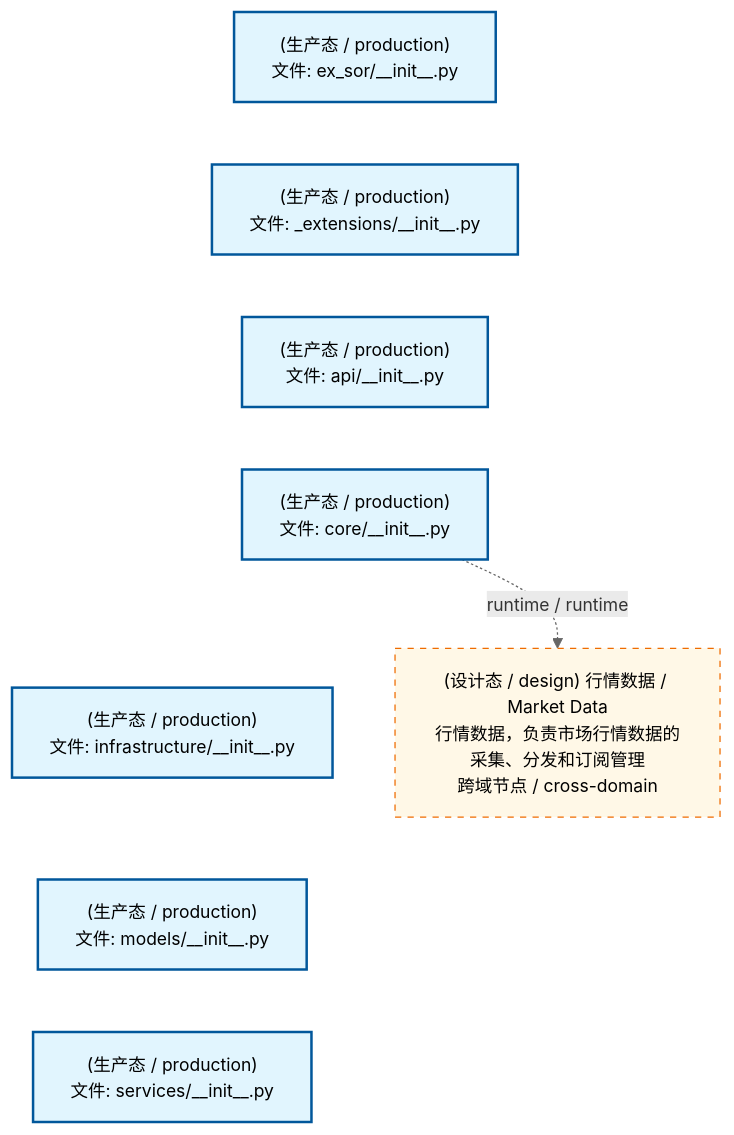
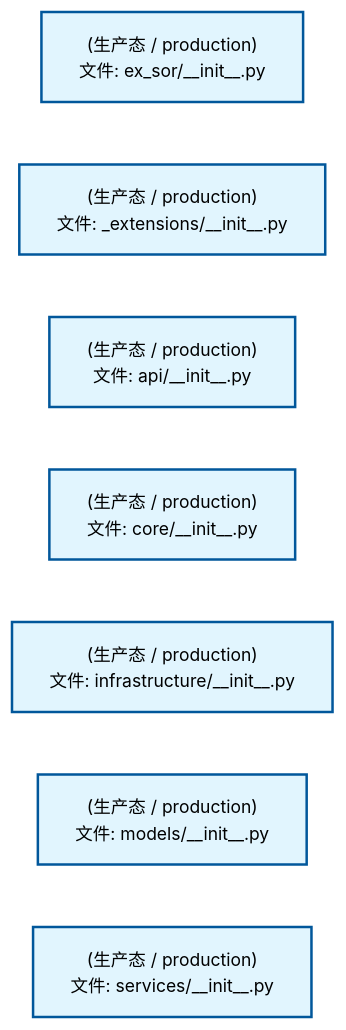
Before and after one commit to xuanFelixVan/ZephyrAlpha: the first of 2 diagrams in docs/02_enterprise_architecture/02_domain_architecture_docs/45_d_ex_sor.md, drawn with Mermaid. The commit also changed other lines of this file and 88 other files, not shown here.

````diff
--- a/docs/02_enterprise_architecture/02_domain_architecture_docs/45_d_ex_sor.md
+++ b/docs/02_enterprise_architecture/02_domain_architecture_docs/45_d_ex_sor.md
@@ -111,25 +53,22 @@
 ```mermaid
 %%{init: {'theme': 'base', 'themeVariables': {'primaryColor': '#eaeaea', 'primaryTextColor': '#333333', 'primaryBorderColor': '#666666', 'lineColor': '#666666', 'secondaryColor': '#eaeaea', 'tertiaryColor': '#eaeaea', 'fontSize': '14px'}}}%%
 flowchart TD
     src_zephyr_ex_sor_init_py["(生产态 / production)<br/>文件: ex_sor/__init__.py"]
     src_zephyr_ex_sor_extensions_init_py["(生产态 / production)<br/>文件: _extensions/__init__.py"]
     src_zephyr_ex_sor_api_init_py["(生产态 / production)<br/>文件: api/__init__.py"]
     src_zephyr_ex_sor_core_init_py["(生产态 / production)<br/>文件: core/__init__.py"]
     src_zephyr_ex_sor_infrastructure_init_py["(生产态 / production)<br/>文件: infrastructure/__init__.py"]
     src_zephyr_ex_sor_models_init_py["(生产态 / production)<br/>文件: models/__init__.py"]
     src_zephyr_ex_sor_services_init_py["(生产态 / production)<br/>文件: services/__init__.py"]
     src_zephyr_ex_sor_init_py ~~~ src_zephyr_ex_sor_extensions_init_py
     src_zephyr_ex_sor_extensions_init_py ~~~ src_zephyr_ex_sor_api_init_py
     src_zephyr_ex_sor_api_init_py ~~~ src_zephyr_ex_sor_core_init_py
     src_zephyr_ex_sor_core_init_py ~~~ src_zephyr_ex_sor_infrastructure_init_py
     src_zephyr_ex_sor_infrastructure_init_py ~~~ src_zephyr_ex_sor_models_init_py
     src_zephyr_ex_sor_models_init_py ~~~ src_zephyr_ex_sor_services_init_py
-    D_MKT_DATA["(设计态 / design) 行情数据 / Market Data<br/>行情数据，负责市场行情数据的采集、分发和订阅管理<br/>跨域节点 / cross-domain"]
-    src_zephyr_ex_sor_core_init_py -.->|runtime / runtime| D_MKT_DATA
     classDef production fill:#e1f5fe,stroke:#01579b,stroke-width:2px,color:#000
     classDef design fill:#fff3e0,stroke:#e65100,stroke-width:2px,color:#000,stroke-dasharray: 5 5
     classDef external_prod fill:#e8f4fd,stroke:#0277bd,stroke-width:1px,color:#000
     classDef external_design fill:#fff8e7,stroke:#ef6c00,stroke-width:1px,color:#000,stroke-dasharray: 5 5
     class src_zephyr_ex_sor_init_py,src_zephyr_ex_sor_extensions_init_py,src_zephyr_ex_sor_api_init_py,src_zephyr_ex_sor_core_init_py,src_zephyr_ex_sor_infrastructure_init_py,src_zephyr_ex_sor_models_init_py,src_zephyr_ex_sor_services_init_py production
-    class D_MKT_DATA external_design
 ```
````
